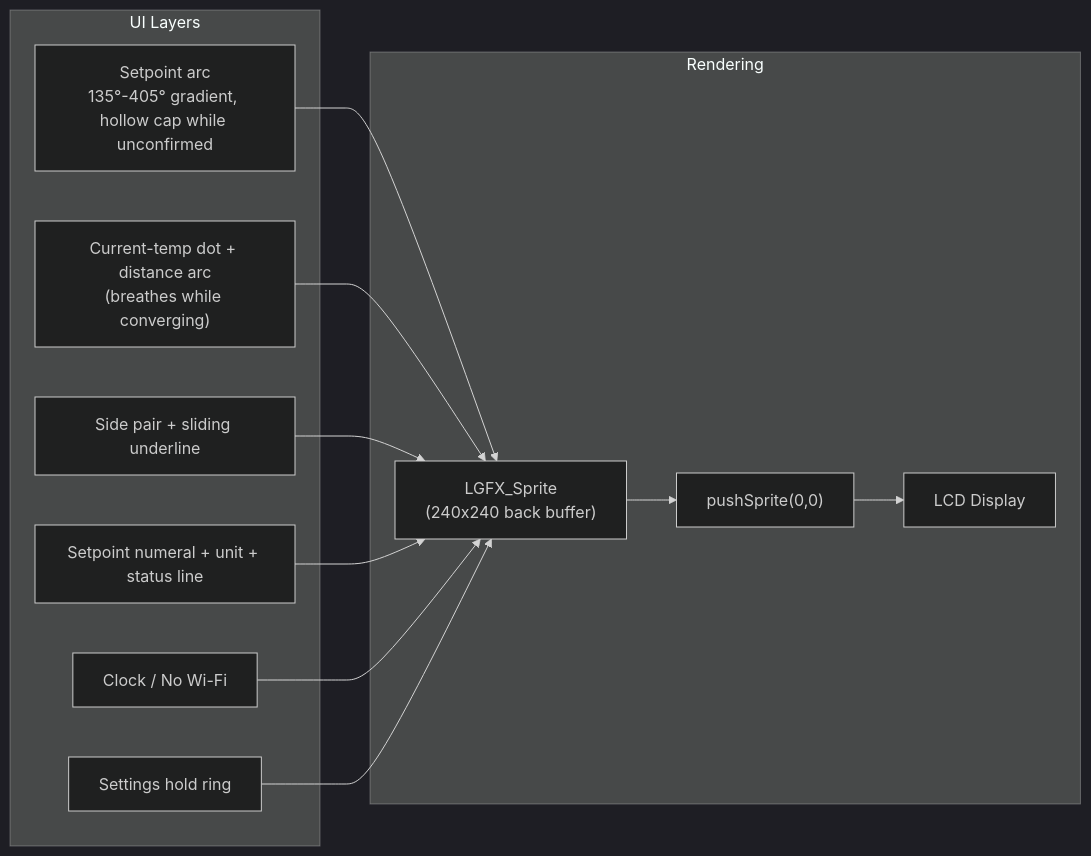
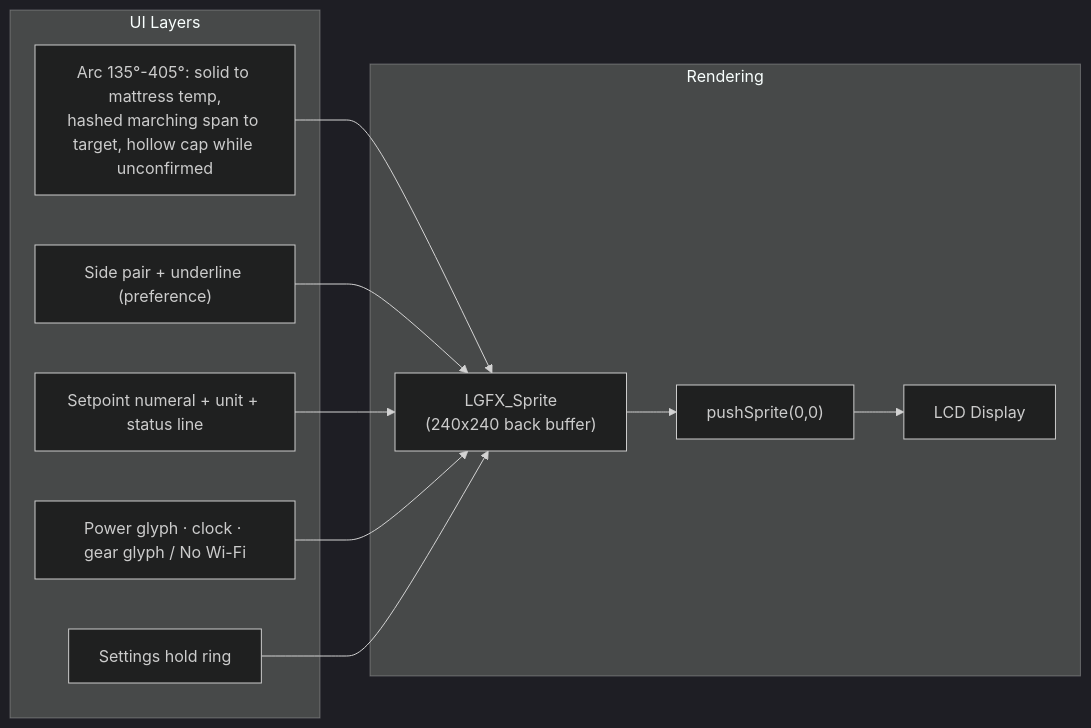
The fifth of 6 diagrams in docs/architecture.md (sleepypod/m5-rotary-dial), drawn with Mermaid (dark theme) before and after one commit. The commit also changed other lines of this file and 3 other files, not shown here.

First line of the commit message:
One-timeline arc, side as preference, visible power and settings controls

````diff
--- a/docs/architecture.md
+++ b/docs/architecture.md
@@ -136,16 +136,15 @@
 ```mermaid
 flowchart LR
     subgraph Rendering
         Sprite["LGFX_Sprite<br/>(240x240 back buffer)"] --> Push["pushSprite(0,0)"]
         Push --> LCD["LCD Display"]
     end
 
     subgraph "UI Layers"
-        Arc["Setpoint arc<br/>135°-405° gradient, hollow cap while unconfirmed"] --> Sprite
-        Marker["Current-temp dot + distance arc<br/>(breathes while converging)"] --> Sprite
-        Sides["Side pair + sliding underline"] --> Sprite
+        Arc["Arc 135°-405°: solid to mattress temp,<br/>hashed marching span to target, hollow cap while unconfirmed"] --> Sprite
+        Sides["Side pair + underline (preference)"] --> Sprite
         Center["Setpoint numeral + unit + status line"] --> Sprite
-        Clock["Clock / No Wi-Fi"] --> Sprite
+        Clock["Power glyph · clock · gear glyph / No Wi-Fi"] --> Sprite
         Ring["Settings hold ring"] --> Sprite
     end
 ```
````
